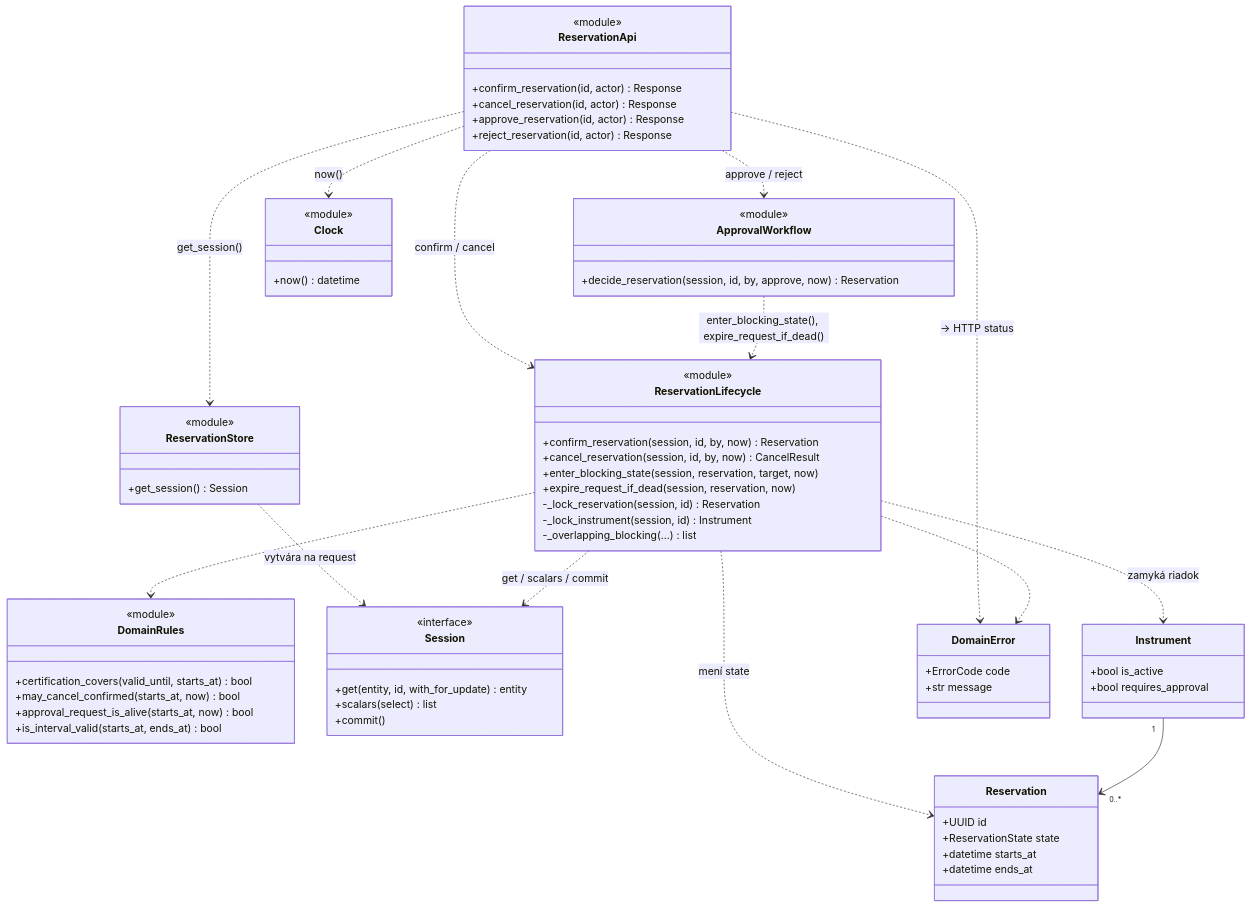
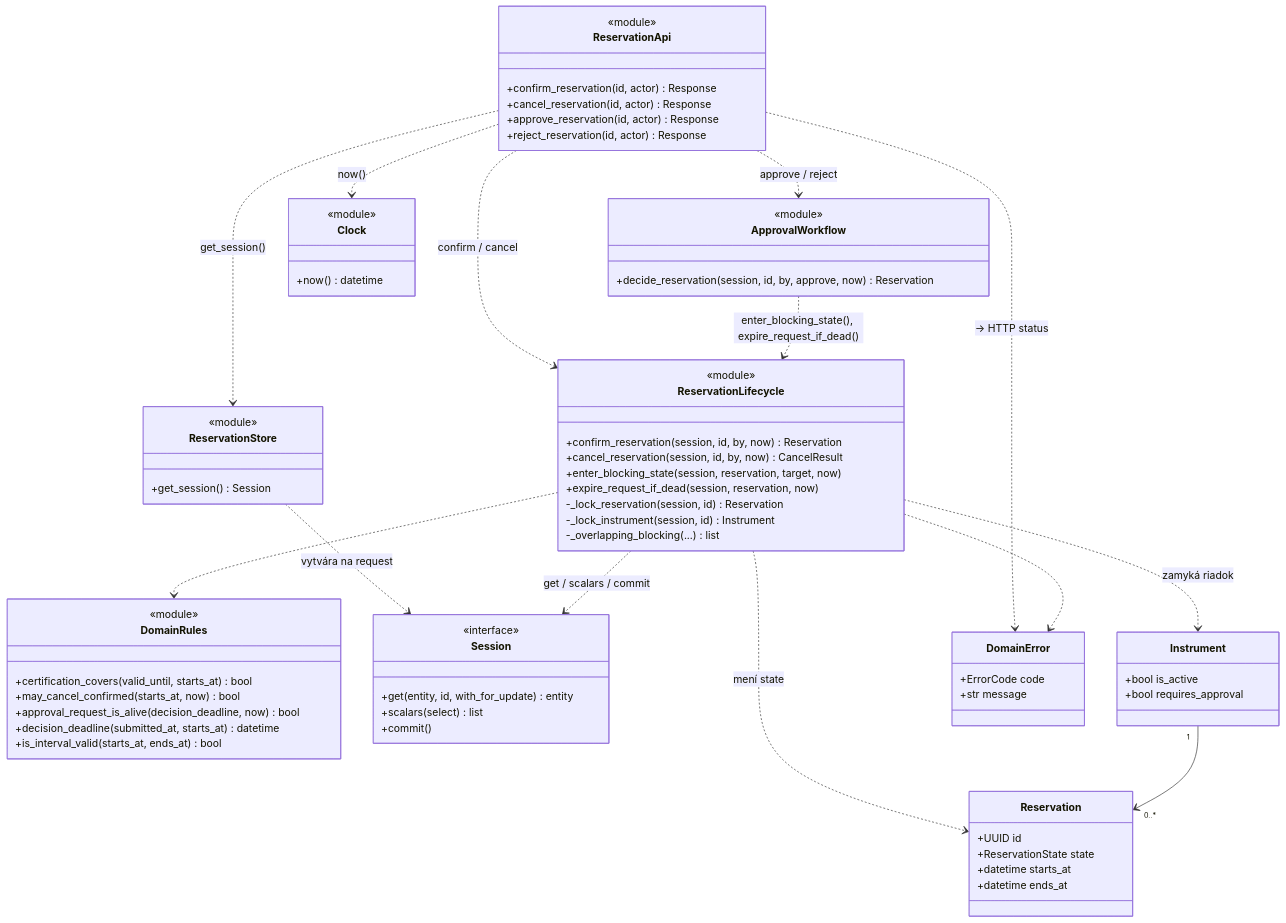
One commit to thspowered/SWI-LAB changed the third of 5 diagrams in docs/architecture-and-decisions.md. Above: the diagram before and after it, drawn with Mermaid. The commit also changed other lines of this file, not shown here.

````diff
--- a/docs/architecture-and-decisions.md
+++ b/docs/architecture-and-decisions.md
@@ -841,73 +841,74 @@
 ```mermaid
 classDiagram
     class ReservationApi {
         <<module>>
         +confirm_reservation(id, actor) Response
         +cancel_reservation(id, actor) Response
         +approve_reservation(id, actor) Response
         +reject_reservation(id, actor) Response
     }
     class ReservationLifecycle {
         <<module>>
         +confirm_reservation(session, id, by, now) Reservation
         +cancel_reservation(session, id, by, now) CancelResult
         +enter_blocking_state(session, reservation, target, now)
         +expire_request_if_dead(session, reservation, now)
         -_lock_reservation(session, id) Reservation
         -_lock_instrument(session, id) Instrument
         -_overlapping_blocking(...) list
     }
     class ApprovalWorkflow {
         <<module>>
         +decide_reservation(session, id, by, approve, now) Reservation
     }
     class DomainRules {
         <<module>>
         +certification_covers(valid_until, starts_at) bool
         +may_cancel_confirmed(starts_at, now) bool
-        +approval_request_is_alive(starts_at, now) bool
+        +approval_request_is_alive(decision_deadline, now) bool
+        +decision_deadline(submitted_at, starts_at) datetime
         +is_interval_valid(starts_at, ends_at) bool
     }
     class Clock {
         <<module>>
         +now() datetime
     }
     class ReservationStore {
         <<module>>
         +get_session() Session
     }
     class Session {
         <<interface>>
         +get(entity, id, with_for_update) entity
         +scalars(select) list
         +commit()
     }
     class Reservation {
         +UUID id
         +ReservationState state
         +datetime starts_at
         +datetime ends_at
     }
     class Instrument {
         +bool is_active
         +bool requires_approval
     }
     class DomainError {
         +ErrorCode code
         +str message
     }
 
     ReservationApi ..> ReservationLifecycle : confirm / cancel
     ReservationApi ..> ApprovalWorkflow : approve / reject
     ReservationApi ..> Clock : now()
     ReservationApi ..> ReservationStore : get_session()
     ReservationApi ..> DomainError : → HTTP status
     ApprovalWorkflow ..> ReservationLifecycle : enter_blocking_state(), expire_request_if_dead()
     ReservationStore ..> Session : vytvára na request
     ReservationLifecycle ..> Session : get / scalars / commit
     ReservationLifecycle ..> DomainRules
     ReservationLifecycle ..> Reservation : mení state
     ReservationLifecycle ..> Instrument : zamyká riadok
     ReservationLifecycle ..> DomainError
     Instrument "1" --> "0..*" Reservation
 ```
````
